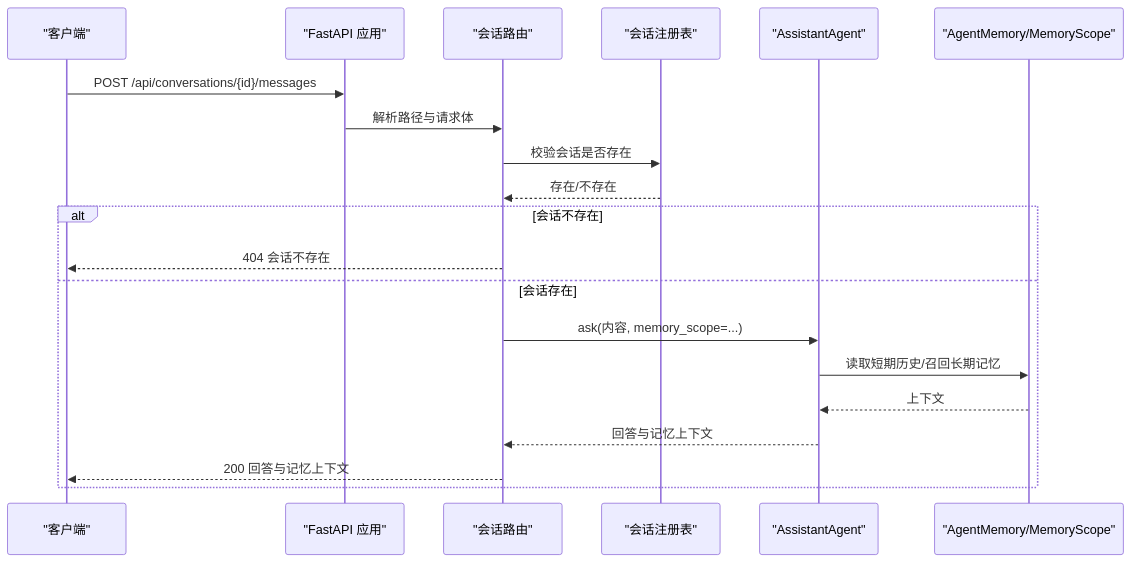
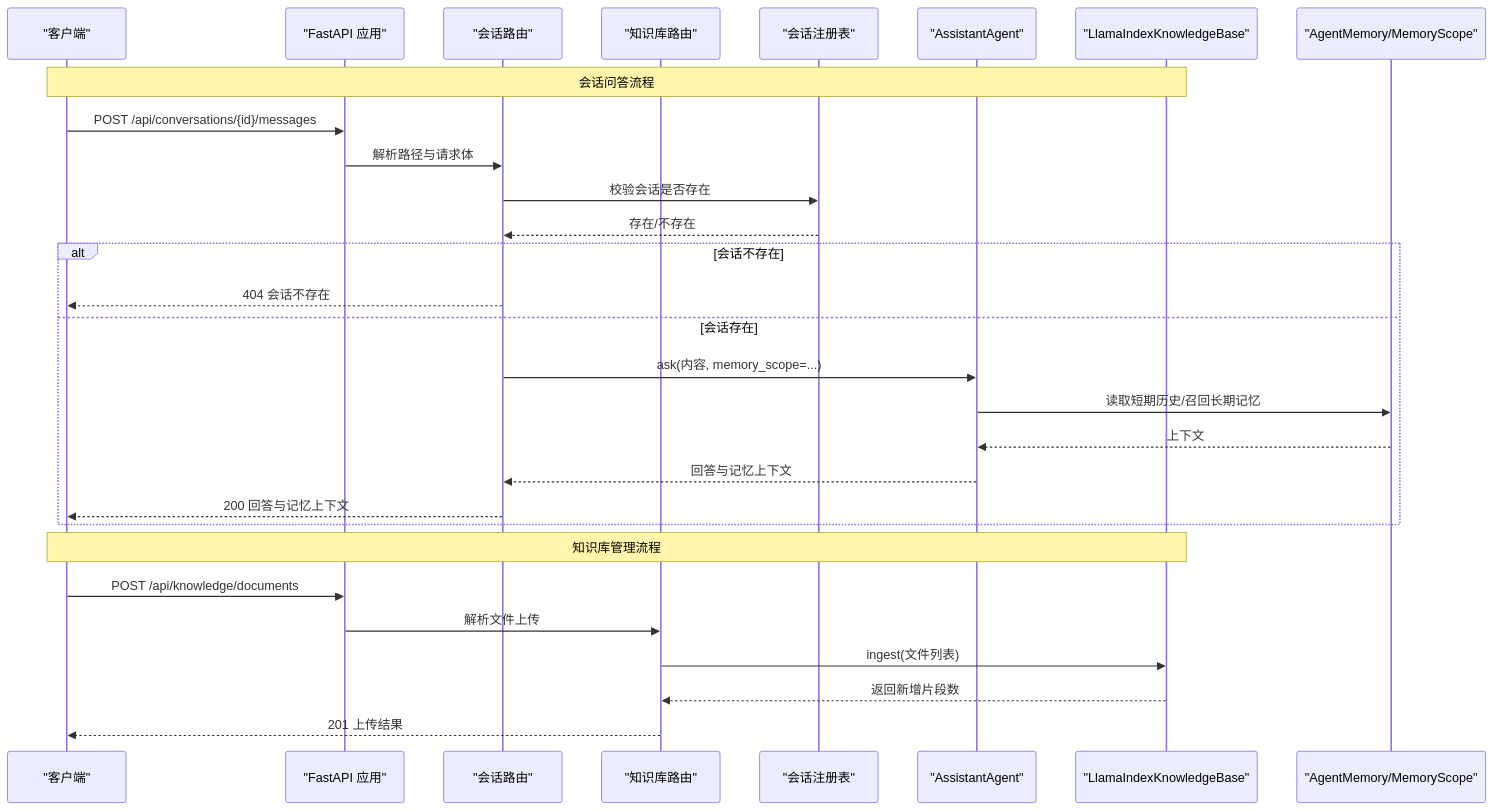
The second of 9 diagrams in .qoder/repowiki/zh/content/架构设计/Web API 系统.md (xyx1028/agentHelp), drawn with Mermaid before and after one commit. The commit also changed other lines of this file and 115 other files, not shown here.

````diff
--- a/.qoder/repowiki/zh/content/架构设计/Web API 系统.md
+++ b/.qoder/repowiki/zh/content/架构设计/Web API 系统.md
@@ -71,22 +79,31 @@
 ```mermaid
 sequenceDiagram
 participant Client as "客户端"
 participant FastAPI as "FastAPI 应用"
 participant ChatRouter as "会话路由"
+participant KnowledgeRouter as "知识库路由"
 participant Registry as "会话注册表"
 participant Agent as "AssistantAgent"
+participant KB as "LlamaIndexKnowledgeBase"
 participant Memory as "AgentMemory/MemoryScope"
+Note over Client,KB : 会话问答流程
 Client->>FastAPI : POST /api/conversations/{id}/messages
 FastAPI->>ChatRouter : 解析路径与请求体
 ChatRouter->>Registry : 校验会话是否存在
 Registry-->>ChatRouter : 存在/不存在
 alt 会话不存在
 ChatRouter-->>Client : 404 会话不存在
 else 会话存在
 ChatRouter->>Agent : ask(内容, memory_scope=...)
 Agent->>Memory : 读取短期历史/召回长期记忆
 Memory-->>Agent : 上下文
 Agent-->>ChatRouter : 回答与记忆上下文
 ChatRouter-->>Client : 200 回答与记忆上下文
 end
+Note over Client,KB : 知识库管理流程
+Client->>FastAPI : POST /api/knowledge/documents
+FastAPI->>KnowledgeRouter : 解析文件上传
+KnowledgeRouter->>KB : ingest(文件列表)
+KB-->>KnowledgeRouter : 返回新增片段数
+KnowledgeRouter-->>Client : 201 上传结果
 ```
````
